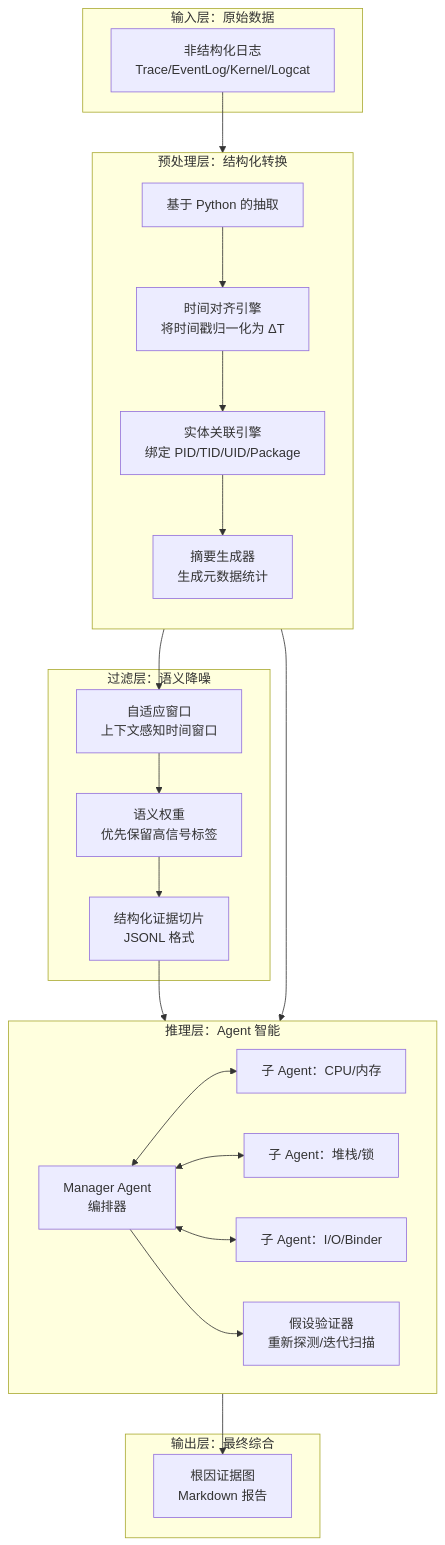
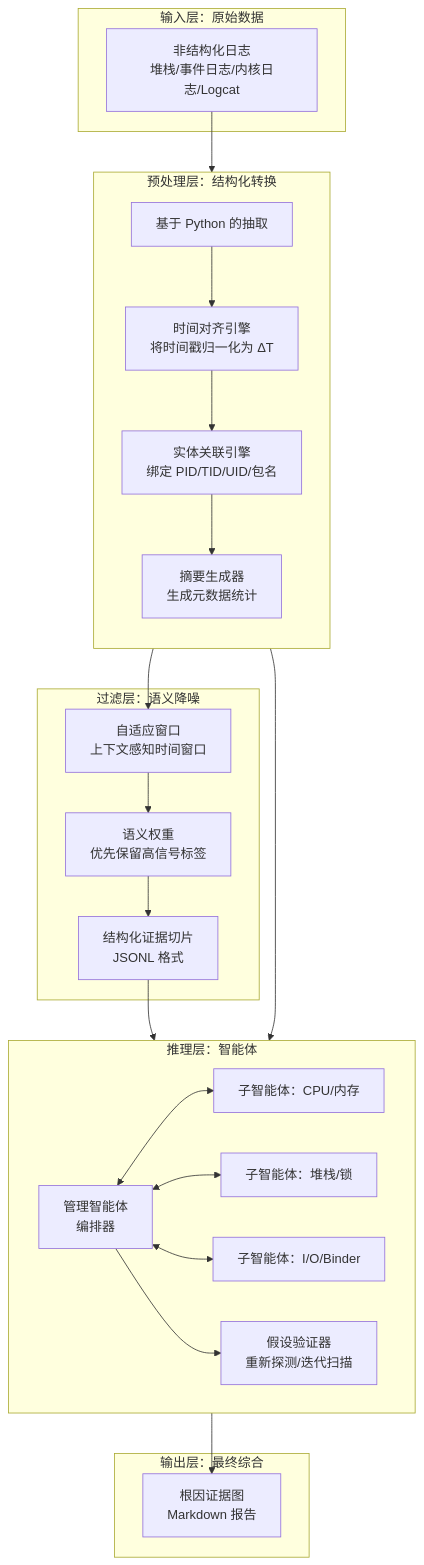
One commit to yuchuangu85/llm-anr changed the diagram in docs/anr-intelligent-analysis-system-architecture.md. Above: the diagram before and after it, drawn with Mermaid. The commit also changed other lines of this file and 40 other files, not shown here.

````diff
--- a/docs/anr-intelligent-analysis-system-architecture.md
+++ b/docs/anr-intelligent-analysis-system-architecture.md
@@ -11,37 +11,37 @@
 ```mermaid
 flowchart TD
     subgraph Input_Layer [输入层：原始数据]
-        A[非结构化日志<br>Trace/EventLog/Kernel/Logcat]
+        A[非结构化日志<br>堆栈/事件日志/内核日志/Logcat]
     end
 
     subgraph Preprocessing_Layer [预处理层：结构化转换]
         direction TB
         B1[基于 Python 的抽取] --> B2[时间对齐引擎<br>将时间戳归一化为 ΔT]
-        B2 --> B3[实体关联引擎<br>绑定 PID/TID/UID/Package]
+        B2 --> B3[实体关联引擎<br>绑定 PID/TID/UID/包名]
         B3 --> B4[摘要生成器<br>生成元数据统计]
     end
 
     subgraph Filtering_Layer [过滤层：语义降噪]
         C1[自适应窗口<br>上下文感知时间窗口] --> C2[语义权重<br>优先保留高信号标签]
         C2 --> C3[结构化证据切片<br>JSONL 格式]
     end
 
-    subgraph Reasoning_Layer [推理层：Agent 智能]
+    subgraph Reasoning_Layer [推理层：智能体]
         direction LR
-        D1[Manager Agent<br>编排器]
-        D1 <--> D2[子 Agent：CPU/内存]
-        D1 <--> D3[子 Agent：堆栈/锁]
-        D1 <--> D4[子 Agent：I/O/Binder]
+        D1[管理智能体<br>编排器]
+        D1 <--> D2[子智能体：CPU/内存]
+        D1 <--> D3[子智能体：堆栈/锁]
+        D1 <--> D4[子智能体：I/O/Binder]
         D1 --> D5[假设验证器<br>重新探测/迭代扫描]
     end
 
     subgraph Output_Layer [输出层：最终综合]
         E[根因证据图<br>Markdown 报告]
     end
 
     A --> B1
     B4 --> D1
     B3 --> C1
     C3 --> D1
     D5 --> E
 ```
````
